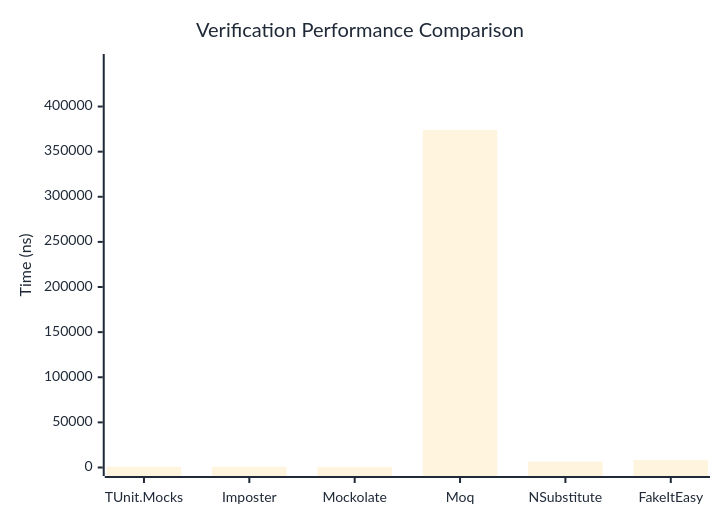
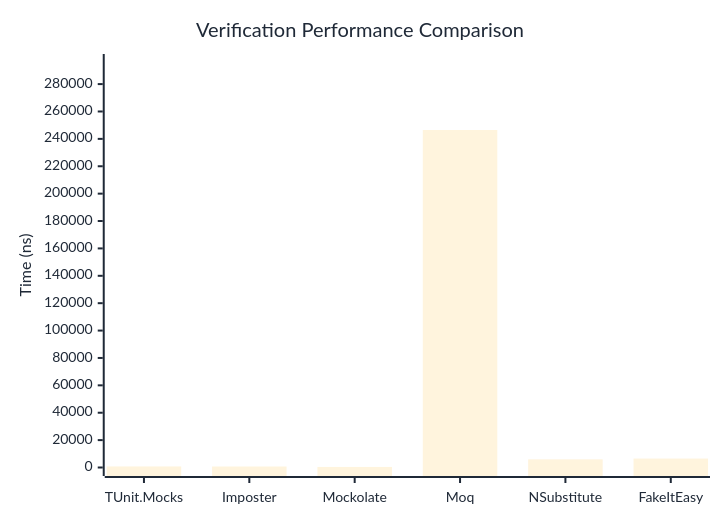
One commit to thomhurst/TUnit changed the first of 3 diagrams in docs/docs/benchmarks/mocks/Verification.md. Above: the diagram before and after it, drawn with Mermaid. The commit also changed other lines of this file and 14 other files, not shown here.

````diff
--- a/docs/docs/benchmarks/mocks/Verification.md
+++ b/docs/docs/benchmarks/mocks/Verification.md
@@ -30,27 +30,27 @@
 ```mermaid
 %%{init: {
   'theme':'base',
   'themeVariables': {
     'primaryColor': '#2563eb',
     'primaryTextColor': '#1f2937',
     'primaryBorderColor': '#1e40af',
     'lineColor': '#6b7280',
     'secondaryColor': '#7c3aed',
     'tertiaryColor': '#dc2626',
     'background': '#ffffff',
     'pie1': '#2563eb',
     'pie2': '#7c3aed',
     'pie3': '#dc2626',
     'pie4': '#f59e0b',
     'pie5': '#10b981',
     'pie6': '#06b6d4',
     'pie7': '#ec4899',
     'pie8': '#6366f1'
   }
 }}%%
 xychart-beta
   title "Verification Performance Comparison"
   x-axis ["TUnit.Mocks", "Imposter", "Mockolate", "Moq", "NSubstitute", "FakeItEasy"]
-  y-axis "Time (ns)" 0 --> 448796
-  bar [740.28, 735.96, 427.34, 373996.51, 6486.31, 8142.2]
+  y-axis "Time (ns)" 0 --> 295775
+  bar [772.81, 721.31, 411.17, 246478.85, 5965.09, 6531.29]
 ```
````
